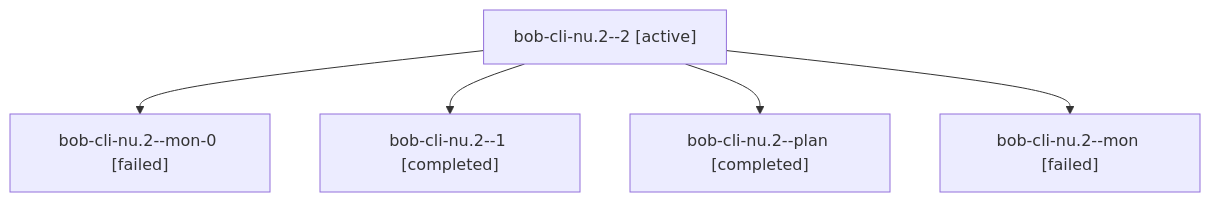
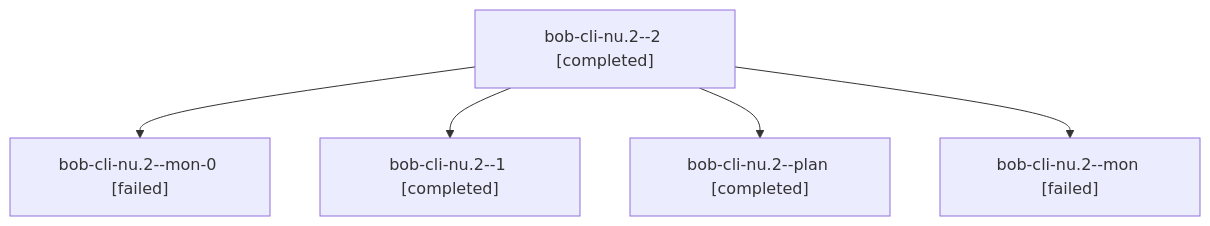
One commit to bobs-org/bob-cli--agents changed the diagram in sessions/bbugyi200.apollo.bob-cli-nu.2.md. Above: the diagram before and after it, drawn with Mermaid. The commit also changed other lines of this file and 21 other files, not shown here.

````diff
--- a/sessions/bbugyi200.apollo.bob-cli-nu.2.md
+++ b/sessions/bbugyi200.apollo.bob-cli-nu.2.md
@@ -9,12 +9,12 @@
 ```mermaid
 flowchart TD
-  n0["bob-cli-nu.2--2 [active]"]
+  n0["bob-cli-nu.2--2 [completed]"]
   n1["bob-cli-nu.2--mon-0 [failed]"]
   n0 --> n1
   n2["bob-cli-nu.2--1 [completed]"]
   n0 --> n2
   n3["bob-cli-nu.2--plan [completed]"]
   n0 --> n3
   n4["bob-cli-nu.2--mon [failed]"]
   n0 --> n4
 ```
````
